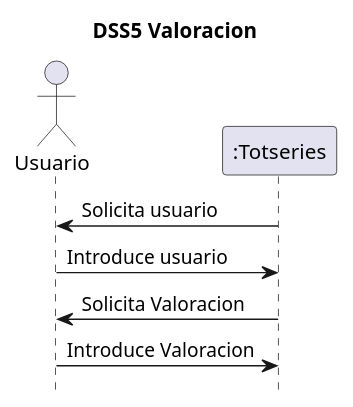
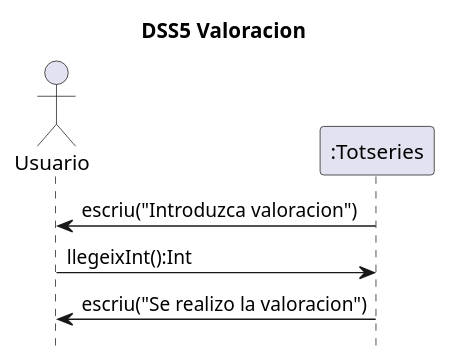
The diagram in src/totseries/Uml/Sistema/DSS5 Valoracion.puml (MrViciao/TotSeries), drawn with PlantUML before and after one commit.

Commit message:
Update DSS5 Valoracion.puml

```diff
--- a/src/totseries/Uml/Sistema/DSS5 Valoracion.puml
+++ b/src/totseries/Uml/Sistema/DSS5 Valoracion.puml
@@ -1,14 +1,13 @@
 @startuml
 title	DSS5 Valoracion	
 hide	footbox
 
 actor	Usuario	as	user
 participant ":Totseries" as Totseries
 
-Totseries -> user: Solicita usuario
-user -> Totseries: Introduce usuario
-Totseries -> user: Solicita Valoracion
-user -> Totseries: Introduce Valoracion
+Totseries -> user: escriu("Introduzca valoracion")
+user -> Totseries: llegeixInt():Int
+Totseries -> user: escriu("Se realizo la valoracion")
 
 
 @enduml
```
